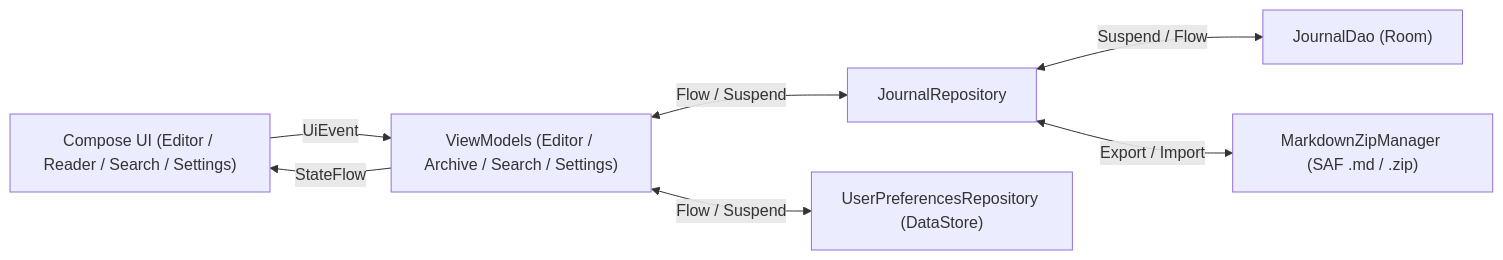
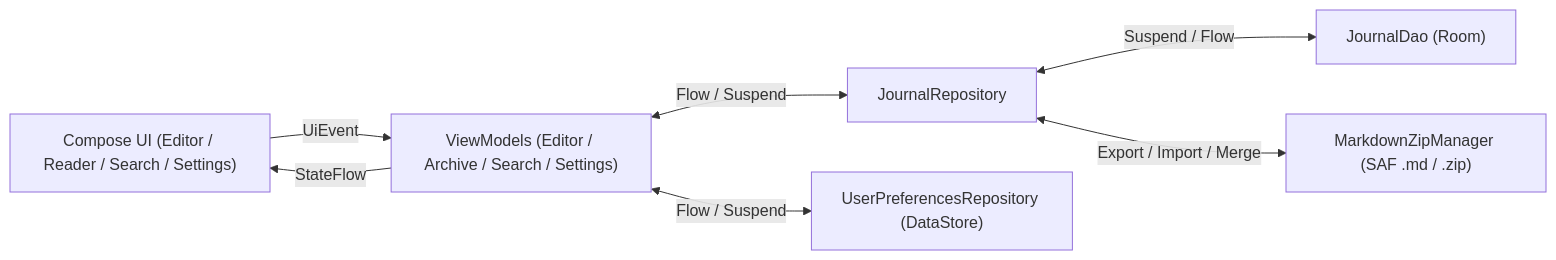
One commit to crockstylie/mon-simple-journal changed the diagram in docs/ARCHITECTURE.md. Above: the diagram before and after it, drawn with Mermaid. The commit also changed other lines of this file and 7 other files, not shown here.

Commit message:
Ajout de quelques fonctionnalités de plus dans la RoadMap.

````diff
--- a/docs/ARCHITECTURE.md
+++ b/docs/ARCHITECTURE.md
@@ -30,9 +30,9 @@
 ```mermaid
 flowchart LR
     UI["Compose UI (Editor / Reader / Search / Settings)"] -->|UiEvent| VM["ViewModels (Editor / Archive / Search / Settings)"]
     VM -->|StateFlow<UiState>| UI
     VM <-->|Flow / Suspend| Repo["JournalRepository"]
     VM <-->|Flow / Suspend| Prefs["UserPreferencesRepository (DataStore)"]
     Repo <-->|Suspend / Flow| Dao["JournalDao (Room)"]
-    Repo <-->|Export / Import| Backup["MarkdownZipManager (SAF .md / .zip)"]
+    Repo <-->|Export / Import / Merge| Backup["MarkdownZipManager (SAF .md / .zip)"]
 ```
````
